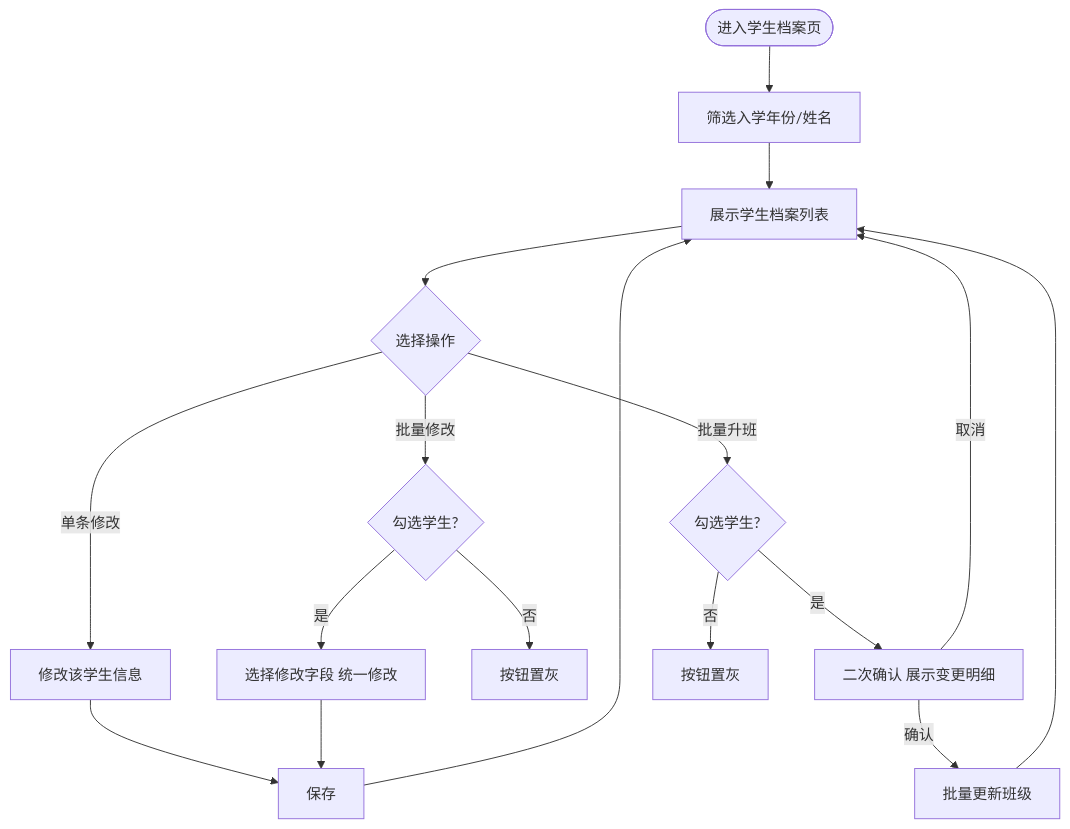
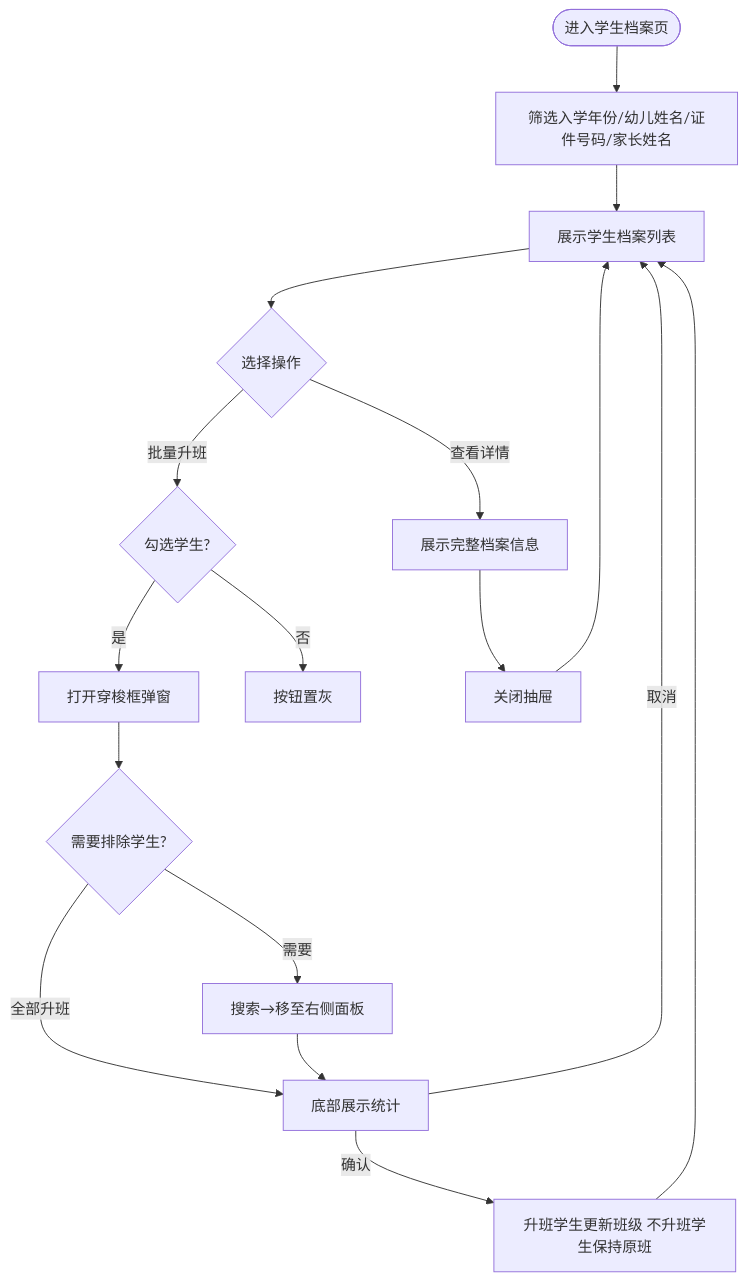
Before and after one commit to wxiang188/kindergarten-registration: the seventh of 12 diagrams in SRS.md, drawn with Mermaid. The commit also changed other lines of this file and 10 other files, not shown here.

````diff
--- a/SRS.md
+++ b/SRS.md
@@ -1060,19 +871,19 @@
 ```mermaid
 flowchart TD
-    Start([进入学生档案页]) --> Search[筛选入学年份/姓名]
+    Start([进入学生档案页]) --> Search[筛选入学年份/幼儿姓名/证件号码/家长姓名]
     Search --> List[展示学生档案列表]
     List --> Choose{选择操作}
-    Choose -->|单条修改| EditOne[修改该学生信息]
-    Choose -->|批量修改| Select{勾选学生?}
-    Select -->|是| EditBatch[选择修改字段 统一修改]
-    Select -->|否| Disabled1[按钮置灰]
+    Choose -->|查看详情| EditOne[展示完整档案信息]
     Choose -->|批量升班| Select2{勾选学生?}
-    Select2 -->|是| Confirm[二次确认 展示变更明细]
+    Select2 -->|是| Transfer[打开穿梭框弹窗]
     Select2 -->|否| Disabled2[按钮置灰]
-    Confirm -->|确认| Execute[批量更新班级]
+    Transfer --> Filter{需要排除学生?}
+    Filter -->|需要| Move[搜索→移至右侧面板]
+    Filter -->|全部升班| Confirm[底部展示统计]
+    Move --> Confirm
+    Confirm -->|确认| Execute[升班学生更新班级 不升班学生保持原班]
     Confirm -->|取消| List
-    EditOne --> Save[保存]
-    EditBatch --> Save
+    EditOne --> Close[关闭抽屉]
     Execute --> List
-    Save --> List
+    Close --> List
 ```
````
